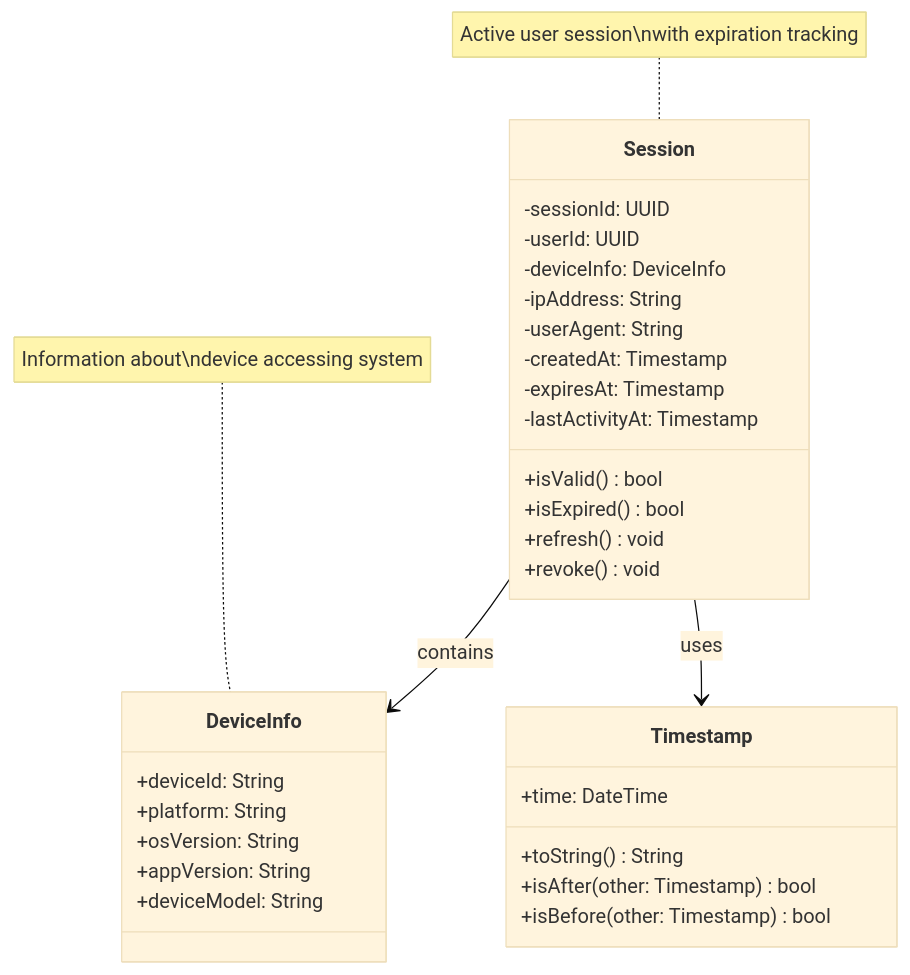
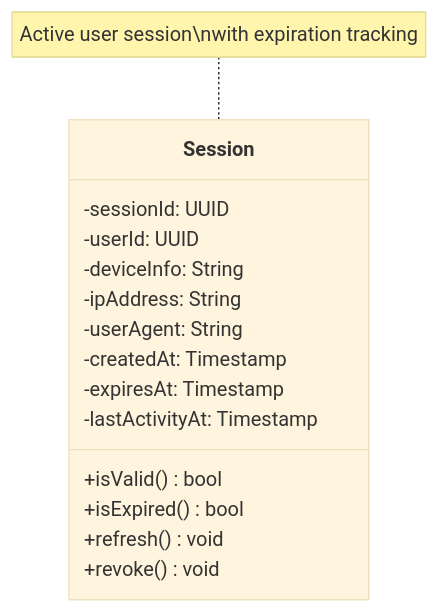
Before and after one commit to mj010101/swe_25f: the tenth of 14 diagrams in diagrams/data_layer_class_diagram.md, drawn with Mermaid (base theme). The commit also changed other lines of this file and 4 other files, not shown here.

````diff
--- a/diagrams/data_layer_class_diagram.md
+++ b/diagrams/data_layer_class_diagram.md
@@ -625,40 +352,21 @@
 ```mermaid
 classDiagram
     direction TB
 
     class Session {
         -sessionId: UUID
         -userId: UUID
-        -deviceInfo: DeviceInfo
+        -deviceInfo: String
         -ipAddress: String
         -userAgent: String
         -createdAt: Timestamp
         -expiresAt: Timestamp
         -lastActivityAt: Timestamp
         +isValid() bool
         +isExpired() bool
         +refresh() void
         +revoke() void
     }
 
-    class DeviceInfo {
-        +deviceId: String
-        +platform: String
-        +osVersion: String
-        +appVersion: String
-        +deviceModel: String
-    }
-
-    class Timestamp {
-        +time: DateTime
-        +toString() String
-        +isAfter(other: Timestamp) bool
-        +isBefore(other: Timestamp) bool
-    }
-
-    Session --> DeviceInfo : contains
-    Session --> Timestamp : uses
-
     note for Session "Active user session\nwith expiration tracking"
-    note for DeviceInfo "Information about\ndevice accessing system"
 ```
````
